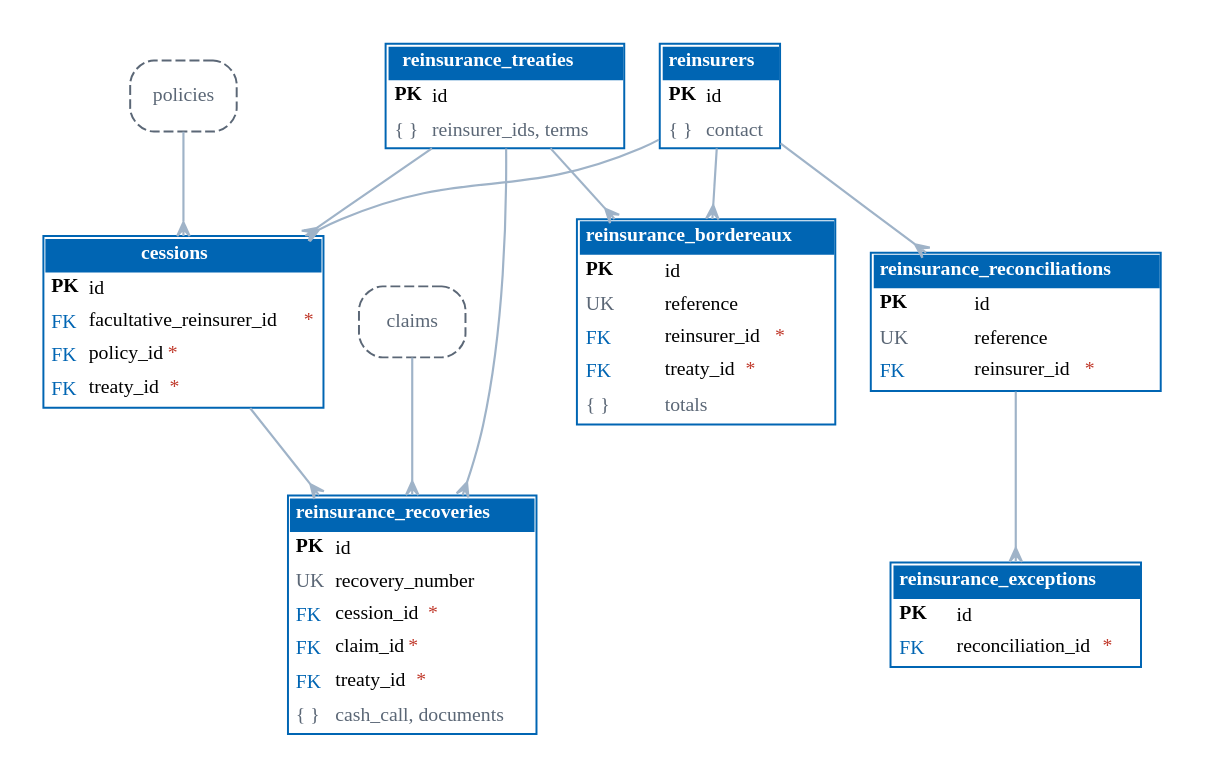
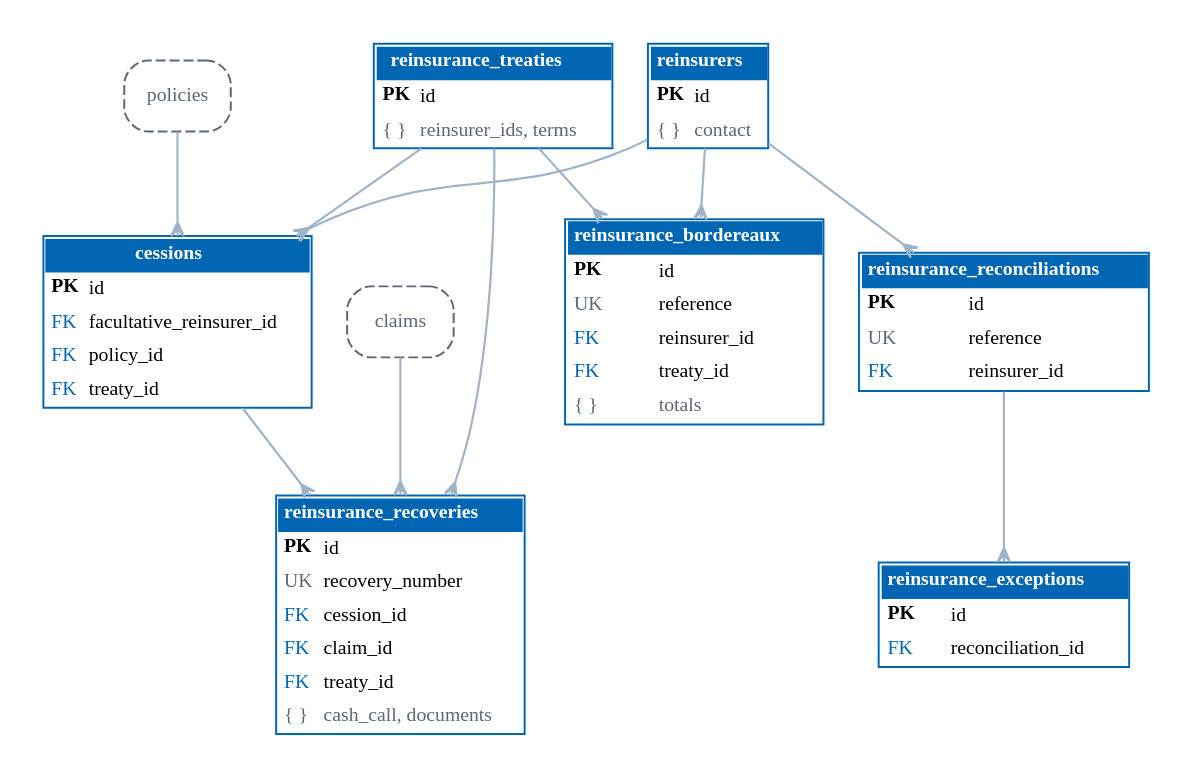
One commit to IortaTexhNXT-DEV/BDOI-OOTB changed the diagram in docs/architecture/diagrams/er_reinsurance.dot. Above: the diagram before and after it, drawn with Graphviz. The commit also changed 47 other files, not shown here.

First line of the commit message:
Architecture: refresh the database snapshot, table catalogue and ER diagrams

```diff
--- a/docs/architecture/diagrams/er_reinsurance.dot
+++ b/docs/architecture/diagrams/er_reinsurance.dot
@@ -1,25 +1,25 @@
 // Generated by tools/render_diagrams.py from tools/data/db_snapshot.json: Reinsurance. Do not edit by hand.
 digraph ER {
   graph [rankdir=TB, splines=true, nodesep=0.25, ranksep=0.5, fontname="Nunito", bgcolor="white", pad=0.2, pack=true, packmode="array_u3"];
   node [shape=plain, fontname="Nunito", fontsize=10];
   edge [color="#9FB3C8", arrowhead=crow, arrowtail=none, dir=both, arrowsize=0.7, penwidth=1.1];
   "reinsurers" [label=<<table border="1" cellborder="0" cellspacing="0" cellpadding="3" color="#0065B3"><tr><td colspan="2" bgcolor="#0065B3"><font color="white"><b>reinsurers</b></font></td></tr><tr><td align="left" balign="left"><b>PK</b></td><td align="left">id</td></tr><tr><td align="left"><font color="#5B6776">{ }</font></td><td align="left"><font color="#5B6776">contact</font></td></tr></table>>];
   "reinsurance_treaties" [label=<<table border="1" cellborder="0" cellspacing="0" cellpadding="3" color="#0065B3"><tr><td colspan="2" bgcolor="#0065B3"><font color="white"><b>reinsurance_treaties</b></font></td></tr><tr><td align="left" balign="left"><b>PK</b></td><td align="left">id</td></tr><tr><td align="left"><font color="#5B6776">{ }</font></td><td align="left"><font color="#5B6776">reinsurer_ids, terms</font></td></tr></table>>];
-  "cessions" [label=<<table border="1" cellborder="0" cellspacing="0" cellpadding="3" color="#0065B3"><tr><td colspan="2" bgcolor="#0065B3"><font color="white"><b>cessions</b></font></td></tr><tr><td align="left" balign="left"><b>PK</b></td><td align="left">id</td></tr><tr><td align="left"><font color="#0065B3">FK</font></td><td align="left">facultative_reinsurer_id<font color="#C0392B">*</font></td></tr><tr><td align="left"><font color="#0065B3">FK</font></td><td align="left">policy_id<font color="#C0392B">*</font></td></tr><tr><td align="left"><font color="#0065B3">FK</font></td><td align="left">treaty_id<font color="#C0392B">*</font></td></tr></table>>];
-  "reinsurance_recoveries" [label=<<table border="1" cellborder="0" cellspacing="0" cellpadding="3" color="#0065B3"><tr><td colspan="2" bgcolor="#0065B3"><font color="white"><b>reinsurance_recoveries</b></font></td></tr><tr><td align="left" balign="left"><b>PK</b></td><td align="left">id</td></tr><tr><td align="left"><font color="#5B6776">UK</font></td><td align="left">recovery_number</td></tr><tr><td align="left"><font color="#0065B3">FK</font></td><td align="left">cession_id<font color="#C0392B">*</font></td></tr><tr><td align="left"><font color="#0065B3">FK</font></td><td align="left">claim_id<font color="#C0392B">*</font></td></tr><tr><td align="left"><font color="#0065B3">FK</font></td><td align="left">treaty_id<font color="#C0392B">*</font></td></tr><tr><td align="left"><font color="#5B6776">{ }</font></td><td align="left"><font color="#5B6776">cash_call, documents</font></td></tr></table>>];
-  "reinsurance_bordereaux" [label=<<table border="1" cellborder="0" cellspacing="0" cellpadding="3" color="#0065B3"><tr><td colspan="2" bgcolor="#0065B3"><font color="white"><b>reinsurance_bordereaux</b></font></td></tr><tr><td align="left" balign="left"><b>PK</b></td><td align="left">id</td></tr><tr><td align="left"><font color="#5B6776">UK</font></td><td align="left">reference</td></tr><tr><td align="left"><font color="#0065B3">FK</font></td><td align="left">reinsurer_id<font color="#C0392B">*</font></td></tr><tr><td align="left"><font color="#0065B3">FK</font></td><td align="left">treaty_id<font color="#C0392B">*</font></td></tr><tr><td align="left"><font color="#5B6776">{ }</font></td><td align="left"><font color="#5B6776">totals</font></td></tr></table>>];
-  "reinsurance_reconciliations" [label=<<table border="1" cellborder="0" cellspacing="0" cellpadding="3" color="#0065B3"><tr><td colspan="2" bgcolor="#0065B3"><font color="white"><b>reinsurance_reconciliations</b></font></td></tr><tr><td align="left" balign="left"><b>PK</b></td><td align="left">id</td></tr><tr><td align="left"><font color="#5B6776">UK</font></td><td align="left">reference</td></tr><tr><td align="left"><font color="#0065B3">FK</font></td><td align="left">reinsurer_id<font color="#C0392B">*</font></td></tr></table>>];
-  "reinsurance_exceptions" [label=<<table border="1" cellborder="0" cellspacing="0" cellpadding="3" color="#0065B3"><tr><td colspan="2" bgcolor="#0065B3"><font color="white"><b>reinsurance_exceptions</b></font></td></tr><tr><td align="left" balign="left"><b>PK</b></td><td align="left">id</td></tr><tr><td align="left"><font color="#0065B3">FK</font></td><td align="left">reconciliation_id<font color="#C0392B">*</font></td></tr></table>>];
+  "cessions" [label=<<table border="1" cellborder="0" cellspacing="0" cellpadding="3" color="#0065B3"><tr><td colspan="2" bgcolor="#0065B3"><font color="white"><b>cessions</b></font></td></tr><tr><td align="left" balign="left"><b>PK</b></td><td align="left">id</td></tr><tr><td align="left"><font color="#0065B3">FK</font></td><td align="left">facultative_reinsurer_id</td></tr><tr><td align="left"><font color="#0065B3">FK</font></td><td align="left">policy_id</td></tr><tr><td align="left"><font color="#0065B3">FK</font></td><td align="left">treaty_id</td></tr></table>>];
+  "reinsurance_recoveries" [label=<<table border="1" cellborder="0" cellspacing="0" cellpadding="3" color="#0065B3"><tr><td colspan="2" bgcolor="#0065B3"><font color="white"><b>reinsurance_recoveries</b></font></td></tr><tr><td align="left" balign="left"><b>PK</b></td><td align="left">id</td></tr><tr><td align="left"><font color="#5B6776">UK</font></td><td align="left">recovery_number</td></tr><tr><td align="left"><font color="#0065B3">FK</font></td><td align="left">cession_id</td></tr><tr><td align="left"><font color="#0065B3">FK</font></td><td align="left">claim_id</td></tr><tr><td align="left"><font color="#0065B3">FK</font></td><td align="left">treaty_id</td></tr><tr><td align="left"><font color="#5B6776">{ }</font></td><td align="left"><font color="#5B6776">cash_call, documents</font></td></tr></table>>];
+  "reinsurance_bordereaux" [label=<<table border="1" cellborder="0" cellspacing="0" cellpadding="3" color="#0065B3"><tr><td colspan="2" bgcolor="#0065B3"><font color="white"><b>reinsurance_bordereaux</b></font></td></tr><tr><td align="left" balign="left"><b>PK</b></td><td align="left">id</td></tr><tr><td align="left"><font color="#5B6776">UK</font></td><td align="left">reference</td></tr><tr><td align="left"><font color="#0065B3">FK</font></td><td align="left">reinsurer_id</td></tr><tr><td align="left"><font color="#0065B3">FK</font></td><td align="left">treaty_id</td></tr><tr><td align="left"><font color="#5B6776">{ }</font></td><td align="left"><font color="#5B6776">totals</font></td></tr></table>>];
+  "reinsurance_reconciliations" [label=<<table border="1" cellborder="0" cellspacing="0" cellpadding="3" color="#0065B3"><tr><td colspan="2" bgcolor="#0065B3"><font color="white"><b>reinsurance_reconciliations</b></font></td></tr><tr><td align="left" balign="left"><b>PK</b></td><td align="left">id</td></tr><tr><td align="left"><font color="#5B6776">UK</font></td><td align="left">reference</td></tr><tr><td align="left"><font color="#0065B3">FK</font></td><td align="left">reinsurer_id</td></tr></table>>];
+  "reinsurance_exceptions" [label=<<table border="1" cellborder="0" cellspacing="0" cellpadding="3" color="#0065B3"><tr><td colspan="2" bgcolor="#0065B3"><font color="white"><b>reinsurance_exceptions</b></font></td></tr><tr><td align="left" balign="left"><b>PK</b></td><td align="left">id</td></tr><tr><td align="left"><font color="#0065B3">FK</font></td><td align="left">reconciliation_id</td></tr></table>>];
   "claims" [shape=box, style="rounded,dashed", color="#5B6776", fontcolor="#5B6776", label="claims"];
   "policies" [shape=box, style="rounded,dashed", color="#5B6776", fontcolor="#5B6776", label="policies"];
   "cessions" -> "reinsurance_recoveries";
   "claims" -> "reinsurance_recoveries";
   "policies" -> "cessions";
   "reinsurance_reconciliations" -> "reinsurance_exceptions";
   "reinsurance_treaties" -> "cessions";
   "reinsurance_treaties" -> "reinsurance_bordereaux";
   "reinsurance_treaties" -> "reinsurance_recoveries";
   "reinsurers" -> "cessions";
   "reinsurers" -> "reinsurance_bordereaux";
   "reinsurers" -> "reinsurance_reconciliations";
 }
```
